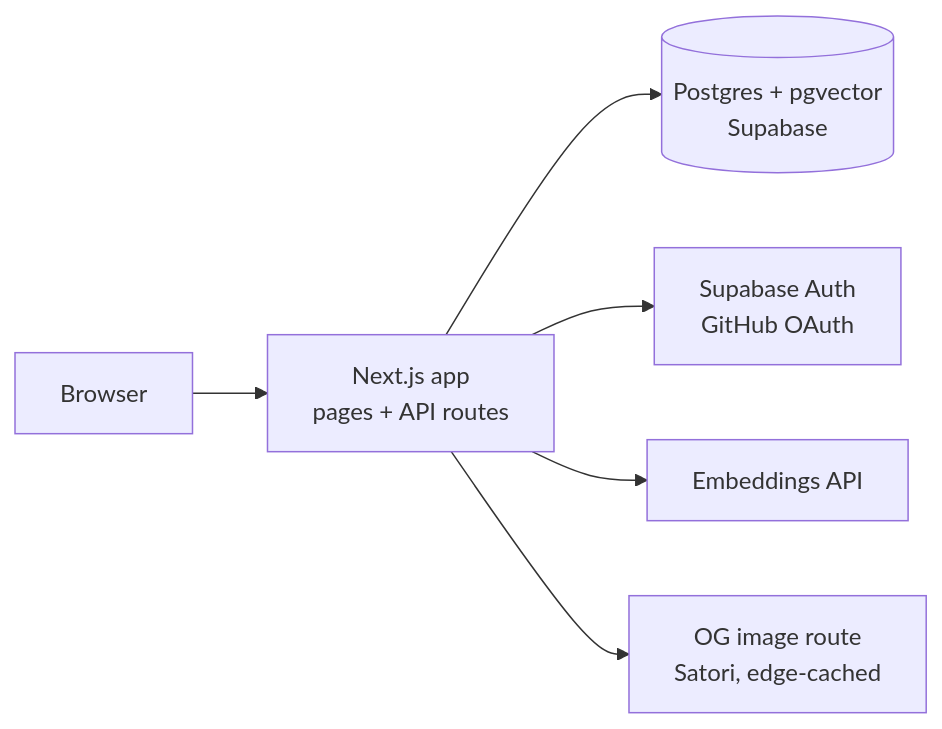
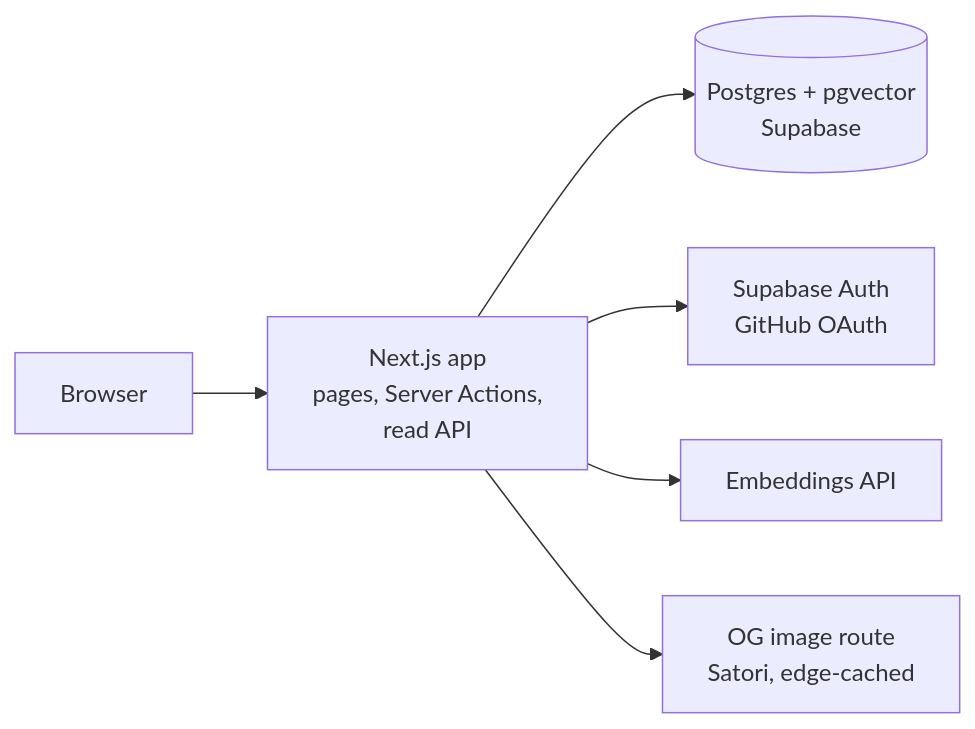
One commit to raghavg27/wishcode changed the first of 4 diagrams in Wishcode — v1 PRD, TRD & App Flow.md. Above: the diagram before and after it, drawn with Mermaid. The commit also changed other lines of this file and 30 other files, not shown here.

````diff
--- a/Wishcode — v1 PRD, TRD & App Flow.md
+++ b/Wishcode — v1 PRD, TRD & App Flow.md
@@ -88,8 +88,8 @@
 ```mermaid
 flowchart LR
-  U[Browser] --> N[Next.js app<br/>pages + API routes]
+  U[Browser] --> N[Next.js app<br/>pages, Server Actions,<br/>read API]
   N --> DB[(Postgres + pgvector<br/>Supabase)]
   N --> A[Supabase Auth<br/>GitHub OAuth]
   N --> L[Embeddings API]
   N --> O[OG image route<br/>Satori, edge-cached]
 ```
````
